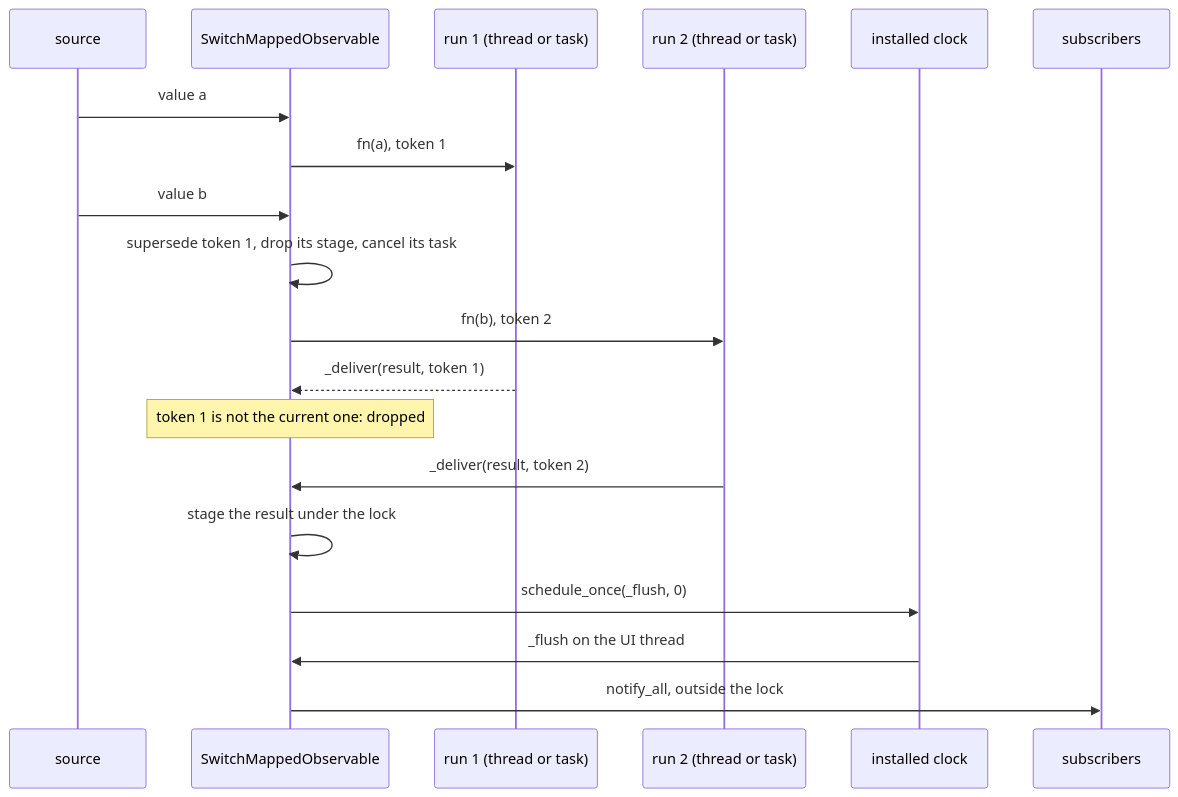
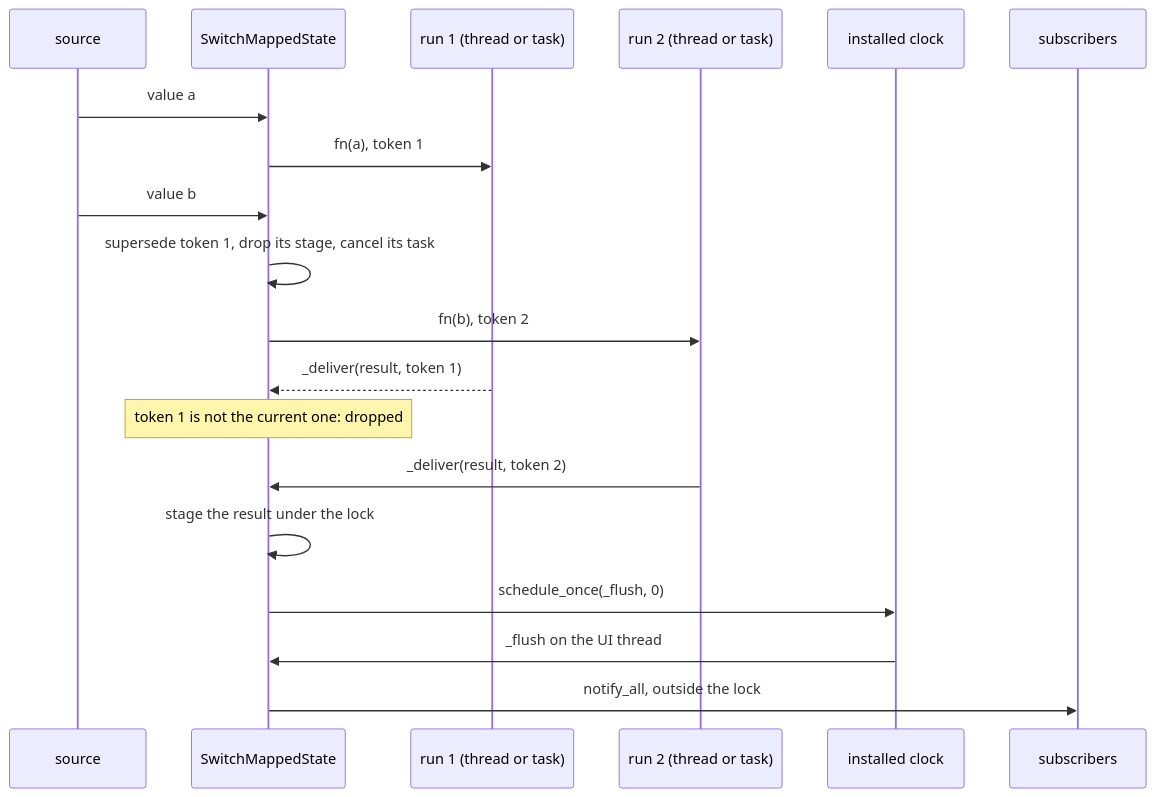
The sixth of 8 diagrams in docs/design/OBSERVABLE.md (yuksblog/nuiitivet), drawn with Mermaid before and after one commit. The commit also changed other lines of this file and 77 other files, not shown here.

````diff
--- a/docs/design/OBSERVABLE.md
+++ b/docs/design/OBSERVABLE.md
@@ -224,22 +224,22 @@
 ```mermaid
 sequenceDiagram
     participant Src as source
-    participant SM as SwitchMappedObservable
+    participant SM as SwitchMappedState
     participant R1 as run 1 (thread or task)
     participant R2 as run 2 (thread or task)
     participant C as installed clock
     participant S as subscribers
 
     Src->>SM: value a
     SM->>R1: fn(a), token 1
     Src->>SM: value b
     SM->>SM: supersede token 1, drop its stage, cancel its task
     SM->>R2: fn(b), token 2
     R1-->>SM: _deliver(result, token 1)
     Note over SM: token 1 is not the current one: dropped
     R2->>SM: _deliver(result, token 2)
     SM->>SM: stage the result under the lock
     SM->>C: schedule_once(_flush, 0)
     C->>SM: _flush on the UI thread
     SM->>S: notify_all, outside the lock
 ```
````
